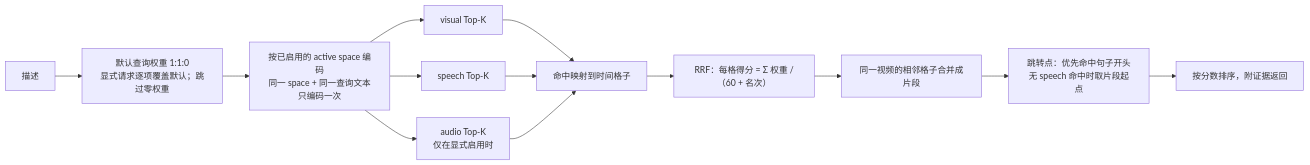
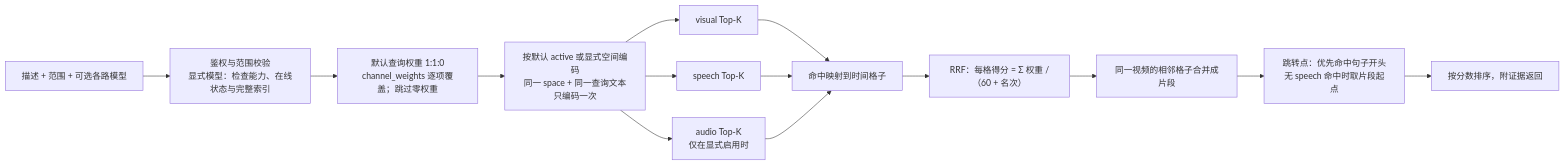
Diagram 13 of 19 in docs/design.md (realOzine/videohelper), drawn with Mermaid before and after one commit. The commit also changed other lines of this file and 3 other files, not shown here.

````diff
--- a/docs/design.md
+++ b/docs/design.md
@@ -574,15 +585,16 @@
 ```mermaid
 flowchart LR
-  Q["描述"] --> W["默认查询权重 1:1:0<br/>显式请求逐项覆盖默认；跳过零权重"]
-  W --> E["按已启用的 active space 编码<br/>同一 space + 同一查询文本只编码一次"]
+  Q["描述 + 范围 + 可选各路模型"] --> V["鉴权与范围校验<br/>显式模型：检查能力、在线状态与完整索引"]
+  V --> W["默认查询权重 1:1:0<br/>channel_weights 逐项覆盖；跳过零权重"]
+  W --> E["按默认 active 或显式空间编码<br/>同一 space + 同一查询文本只编码一次"]
   E --> R1["visual Top-K"]
   E --> R2["speech Top-K"]
   E --> R3["audio Top-K<br/>仅在显式启用时"]
   R1 --> M["命中映射到时间格子"]
   R2 --> M
   R3 --> M
   M --> F["RRF：每格得分 = Σ 权重 /（60 + 名次）"]
   F --> G["同一视频的相邻格子合并成片段"]
   G --> J["跳转点：优先命中句子开头<br/>无 speech 命中时取片段起点"]
   J --> O["按分数排序，附证据返回"]
 ```
````
